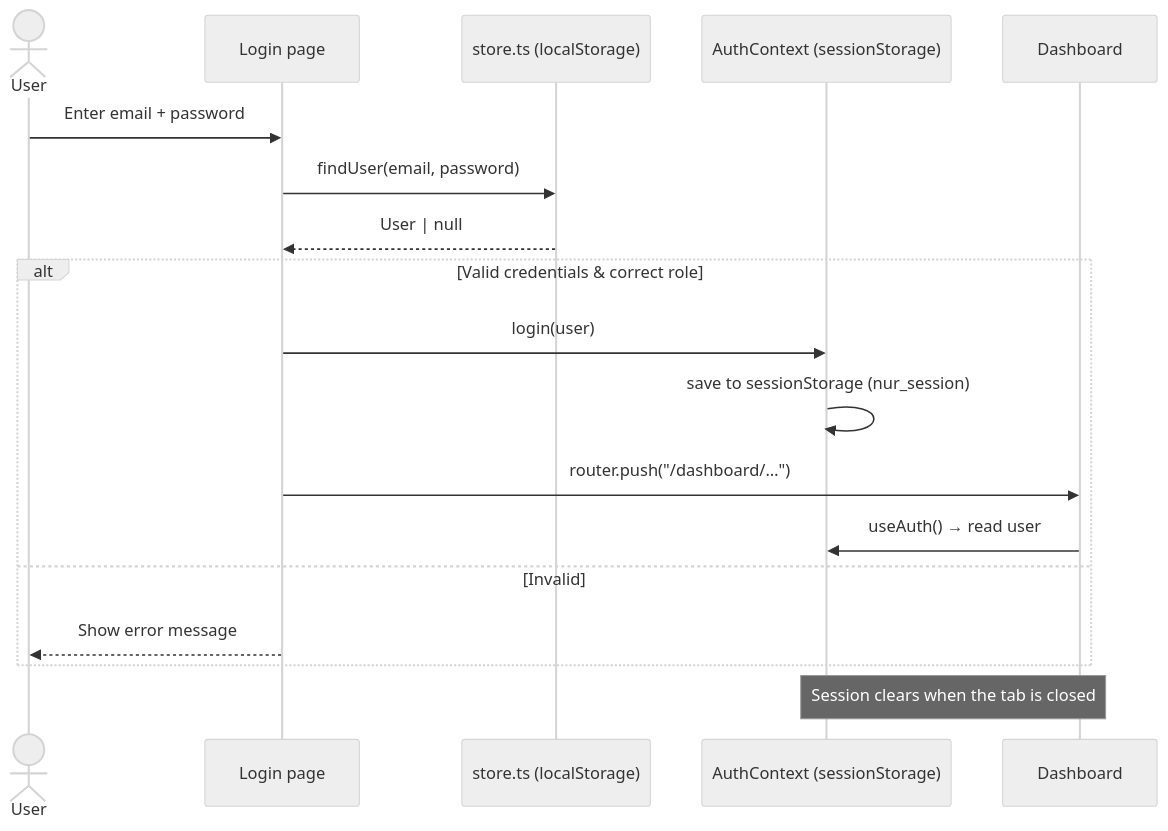
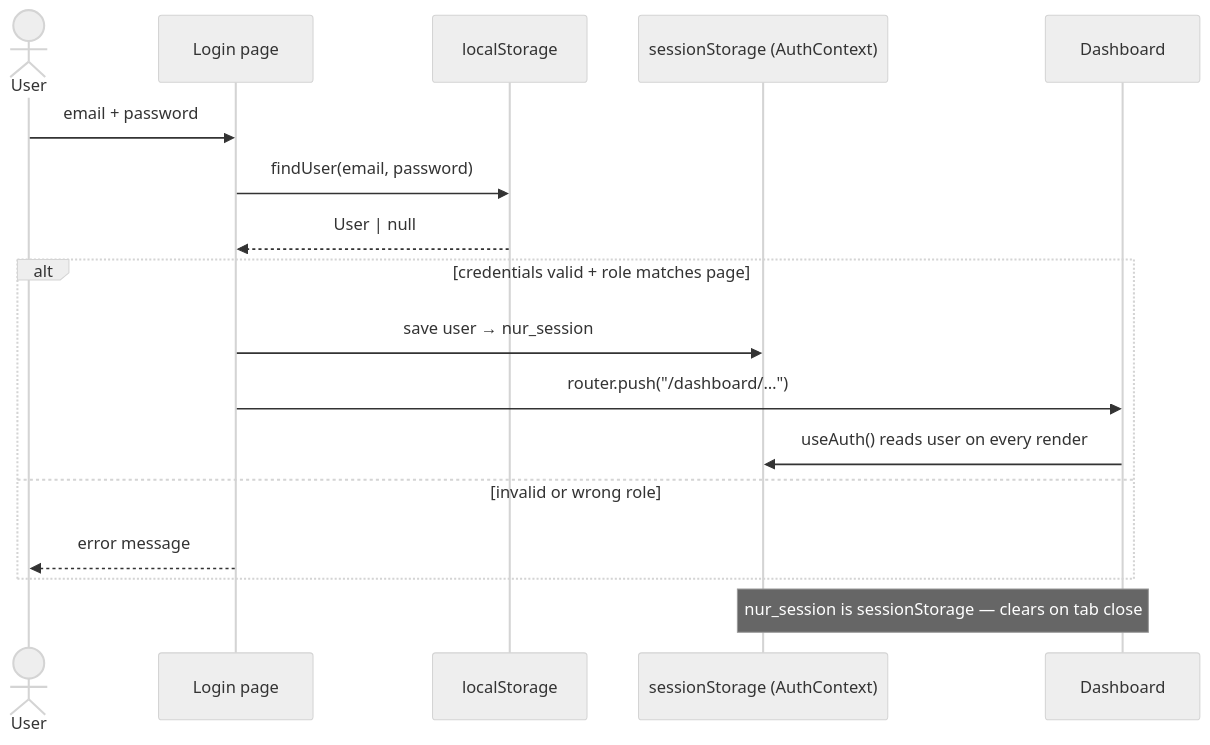
One commit to Faycalkhh/SchoolWebsite changed the fourth of 5 diagrams in SCHEMA.md. Above: the diagram before and after it, drawn with Mermaid (neutral theme). The commit also changed other lines of this file and 7 other files, not shown here.

````diff
--- a/SCHEMA.md
+++ b/SCHEMA.md
@@ -169,23 +211,22 @@
 ```mermaid
 sequenceDiagram
     actor U as User
     participant UI as Login page
-    participant Store as store.ts (localStorage)
-    participant Auth as AuthContext (sessionStorage)
+    participant LS as localStorage
+    participant SS as sessionStorage (AuthContext)
     participant Dash as Dashboard
 
-    U->>UI: Enter email + password
-    UI->>Store: findUser(email, password)
-    Store-->>UI: User | null
+    U->>UI: email + password
+    UI->>LS: findUser(email, password)
+    LS-->>UI: User | null
 
-    alt Valid credentials & correct role
-        UI->>Auth: login(user)
-        Auth->>Auth: save to sessionStorage (nur_session)
+    alt credentials valid + role matches page
+        UI->>SS: save user → nur_session
         UI->>Dash: router.push("/dashboard/…")
-        Dash->>Auth: useAuth() → read user
-    else Invalid
-        UI-->>U: Show error message
+        Dash->>SS: useAuth() reads user on every render
+    else invalid or wrong role
+        UI-->>U: error message
     end
 
-    Note over Auth,Dash: Session clears when the tab is closed
+    Note over SS,Dash: nur_session is sessionStorage — clears on tab close
 ```
````
